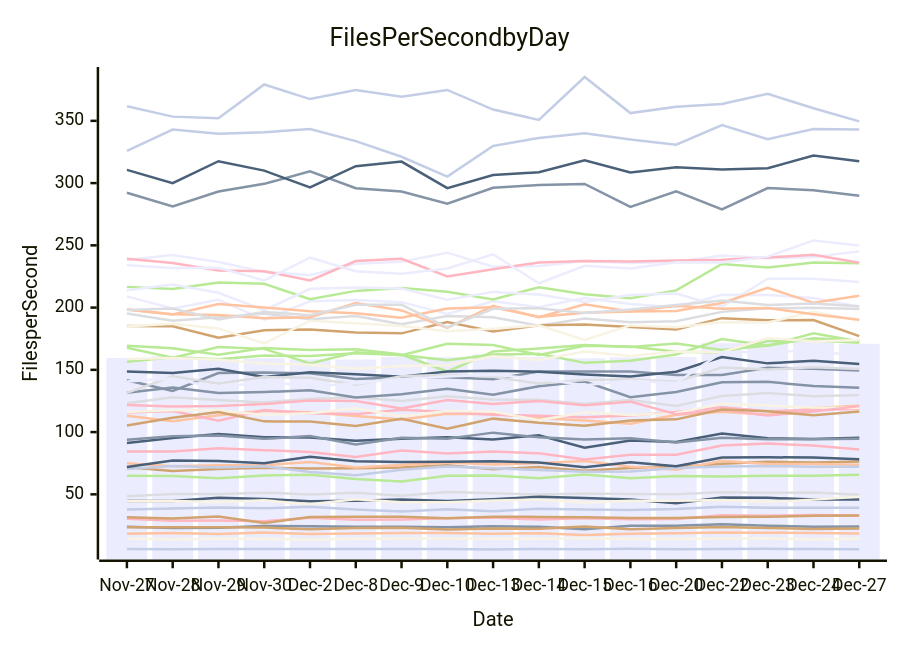
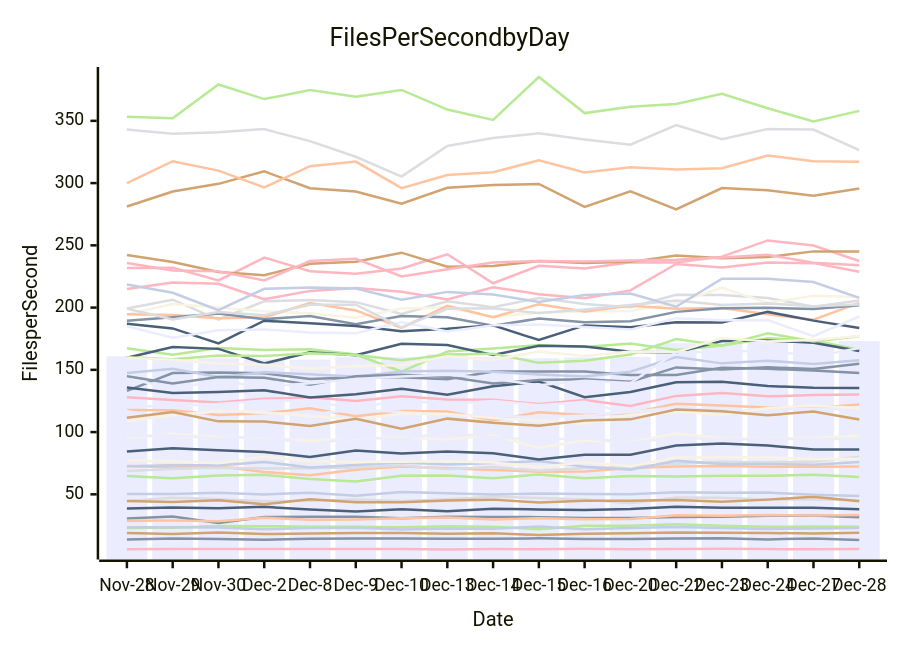
One commit to streetsidesoftware/cspell changed the diagram in perf-report.md. Above: the diagram before and after it, drawn with Mermaid. The commit also changed other lines of this file and 1 other file, not shown here.

````diff
--- a/perf-report.md
+++ b/perf-report.md
@@ -11,57 +11,57 @@
 ```mermaid
 xychart-beta
     title Files Per Second by Day
     y-axis Files per Second
-    x-axis Date [Nov-27, Nov-28, Nov-29, Nov-30, Dec-2, Dec-8, Dec-9, Dec-10, Dec-13, Dec-14, Dec-15, Dec-16, Dec-20, Dec-22, Dec-23, Dec-24, Dec-27]
-    bar [159.51, 160.85, 158.58, 159.25, 158.41, 158.24, 160.26, 160.13, 162.46, 160.30, 159.32, 159.99, 160.32, 171.41, 173.30, 173.54, 170.88]
-    line [24.00, 22.97, 23.09, 24.60, 24.46, 23.99, 23.97, 23.56, 24.27, 23.97, 21.89, 24.77, 24.75, 25.98, 24.78, 24.02, 24.07]
-    line [113.07, 108.78, 113.61, 117.05, 115.87, 112.86, 110.11, 114.79, 114.58, 111.22, 109.33, 106.79, 113.91, 116.30, 113.89, 119.27, 121.25]
-    line [48.42, 50.26, 50.21, 51.36, 49.95, 51.18, 48.94, 51.93, 50.78, 49.91, 50.66, 50.34, 50.02, 51.61, 51.21, 51.38, 49.64]
-    line [64.96, 64.67, 62.90, 65.22, 65.65, 62.39, 60.36, 64.84, 65.11, 62.93, 65.98, 63.02, 64.70, 64.39, 64.92, 64.92, 65.76]
-    line [23.51, 23.57, 23.50, 23.32, 21.90, 22.93, 23.26, 21.71, 22.48, 22.26, 24.16, 21.86, 22.99, 23.86, 22.95, 22.15, 22.59]
-    line [6.03, 5.90, 6.01, 6.16, 6.12, 6.00, 6.03, 6.11, 5.69, 6.12, 5.85, 6.27, 5.94, 6.19, 6.23, 6.06, 5.80]
-    line [115.76, 116.91, 109.21, 117.71, 115.04, 114.43, 117.93, 116.17, 113.85, 113.19, 111.86, 113.23, 116.22, 119.95, 116.76, 117.75, 118.71]
-    line [44.62, 44.61, 47.22, 46.33, 44.42, 44.87, 45.90, 44.67, 46.00, 48.05, 47.07, 45.85, 42.75, 47.52, 47.21, 45.81, 45.88]
-    line [116.19, 117.82, 117.56, 113.82, 115.04, 119.17, 112.82, 116.99, 116.61, 109.61, 115.93, 113.66, 115.36, 122.68, 121.26, 119.81, 119.36]
-    line [238.24, 242.33, 236.55, 228.65, 226.03, 235.13, 236.77, 244.11, 232.83, 233.41, 237.39, 235.87, 236.73, 241.85, 239.59, 240.67, 245.15]
-    line [141.63, 133.10, 147.45, 147.90, 147.19, 142.70, 144.08, 143.97, 142.44, 148.72, 148.74, 148.66, 145.81, 145.83, 151.65, 150.82, 149.41]
-    line [18.32, 19.02, 18.13, 19.36, 18.09, 18.49, 18.92, 19.04, 18.41, 18.71, 17.35, 18.44, 18.66, 19.39, 19.24, 18.95, 18.61]
-    line [123.12, 128.04, 125.68, 123.73, 126.68, 128.02, 124.91, 128.75, 126.25, 125.99, 122.54, 125.77, 120.95, 129.07, 131.35, 128.71, 129.73]
-    line [169.37, 167.40, 162.13, 167.55, 165.94, 166.49, 162.27, 148.64, 164.74, 167.10, 169.90, 168.25, 171.20, 165.98, 169.49, 175.43, 173.51]
-    line [71.80, 68.80, 70.33, 71.28, 70.66, 70.99, 71.64, 73.38, 70.10, 71.99, 68.96, 71.11, 72.00, 74.62, 76.21, 75.66, 76.28]
-    line [325.97, 342.99, 339.55, 340.91, 343.35, 333.69, 321.17, 305.21, 329.78, 336.28, 339.96, 335.03, 330.81, 346.52, 335.23, 343.48, 342.97]
-    line [121.82, 120.62, 120.89, 122.51, 125.41, 124.96, 118.90, 125.77, 122.50, 124.97, 121.63, 124.44, 114.40, 117.66, 113.42, 116.57, 120.86]
-    line [91.22, 95.22, 98.38, 95.87, 95.57, 93.03, 94.71, 95.93, 94.05, 97.42, 87.40, 93.20, 92.02, 98.77, 95.06, 94.41, 95.55]
-    line [44.50, 44.73, 43.85, 45.20, 42.00, 46.02, 43.67, 43.68, 45.02, 45.75, 43.43, 44.94, 44.85, 45.35, 43.98, 45.75, 48.03]
-    line [208.99, 199.30, 206.34, 190.41, 205.06, 206.03, 204.37, 194.91, 205.14, 200.36, 207.64, 202.85, 200.31, 210.29, 210.04, 207.76, 200.78]
-    line [292.24, 281.16, 293.25, 299.40, 309.39, 295.84, 293.27, 283.38, 296.25, 298.40, 299.27, 280.90, 293.45, 278.89, 296.00, 294.23, 289.77]
-    line [74.97, 72.54, 73.38, 73.35, 76.02, 71.59, 73.55, 75.54, 73.95, 75.07, 76.77, 72.26, 69.84, 77.03, 74.27, 74.27, 73.83]
-    line [195.34, 189.35, 192.30, 195.25, 190.71, 193.15, 186.55, 193.19, 192.23, 185.43, 191.26, 188.26, 189.10, 196.56, 199.42, 199.83, 198.90]
-    line [216.64, 214.89, 220.14, 219.09, 206.67, 213.42, 215.72, 212.77, 206.57, 216.35, 210.81, 207.51, 213.81, 235.09, 232.12, 236.13, 235.71]
-    line [185.12, 185.03, 175.76, 181.77, 182.47, 179.95, 179.31, 188.38, 180.77, 185.77, 186.35, 184.33, 182.33, 191.53, 189.75, 189.98, 177.07]
-    line [70.29, 72.76, 71.50, 72.49, 68.01, 65.32, 69.78, 72.32, 70.99, 69.49, 68.20, 68.29, 71.18, 72.28, 72.81, 72.16, 72.22]
-    line [30.48, 28.76, 28.98, 28.47, 31.13, 29.50, 29.81, 30.70, 31.34, 29.78, 30.86, 29.89, 30.20, 33.22, 32.90, 33.40, 32.96]
-    line [148.61, 147.55, 150.86, 144.17, 148.12, 146.38, 144.41, 148.76, 149.26, 148.44, 146.25, 144.57, 148.51, 160.26, 155.20, 157.30, 154.76]
-    line [184.73, 187.07, 183.30, 171.17, 189.43, 187.46, 185.27, 181.05, 182.93, 185.74, 173.94, 185.68, 184.19, 188.28, 188.11, 196.54, 189.53]
-    line [213.89, 218.50, 211.90, 198.01, 215.07, 216.21, 215.29, 206.31, 212.61, 210.51, 204.56, 210.18, 211.34, 200.66, 223.22, 223.16, 220.54]
-    line [131.60, 135.88, 131.34, 132.15, 133.58, 127.82, 130.48, 134.87, 129.94, 136.83, 140.59, 128.00, 132.13, 140.04, 140.36, 136.98, 135.57]
-    line [198.52, 194.49, 202.79, 200.07, 197.01, 195.46, 191.88, 199.25, 200.18, 192.55, 195.85, 196.96, 197.31, 203.68, 215.88, 203.82, 209.47]
-    line [131.52, 144.79, 139.07, 144.20, 143.55, 138.09, 144.82, 146.07, 144.49, 139.02, 141.78, 142.36, 140.50, 151.95, 150.33, 152.02, 150.72]
-    line [167.76, 159.74, 168.29, 166.84, 155.06, 164.08, 161.66, 171.02, 169.99, 161.97, 169.28, 168.79, 164.45, 163.90, 173.08, 173.52, 171.67]
-    line [31.68, 30.55, 32.17, 27.01, 31.76, 31.99, 31.99, 30.84, 32.08, 31.89, 31.67, 31.01, 31.00, 31.79, 31.95, 32.72, 33.00]
-    line [37.74, 38.63, 39.45, 38.80, 39.93, 37.87, 36.13, 38.10, 36.47, 38.38, 37.81, 37.32, 38.13, 39.99, 39.24, 39.22, 39.13]
-    line [239.26, 235.89, 229.81, 229.18, 221.75, 237.38, 239.25, 224.99, 230.85, 236.16, 237.46, 237.06, 237.81, 238.36, 240.26, 242.42, 235.97]
-    line [72.02, 77.23, 76.76, 75.06, 80.27, 76.65, 75.94, 76.12, 76.57, 75.62, 71.86, 75.70, 72.52, 79.52, 79.75, 79.57, 78.19]
-    line [14.49, 13.79, 14.45, 14.21, 13.55, 14.37, 14.53, 14.61, 14.25, 14.42, 14.66, 14.20, 14.14, 14.58, 14.66, 13.81, 14.51]
-    line [234.04, 231.90, 232.03, 221.81, 240.23, 229.14, 227.27, 231.37, 242.80, 219.56, 233.62, 231.32, 236.32, 236.26, 240.94, 253.96, 249.85]
-    line [93.91, 96.71, 97.20, 94.57, 96.80, 90.09, 95.39, 94.62, 99.56, 95.79, 93.99, 95.03, 91.66, 95.50, 94.32, 94.29, 94.73]
-    line [198.49, 194.68, 194.09, 191.43, 192.21, 203.69, 197.75, 183.65, 201.42, 192.31, 202.71, 196.90, 201.49, 199.06, 199.67, 194.62, 190.28]
-    line [198.09, 199.18, 190.53, 196.53, 193.86, 202.32, 202.37, 184.12, 199.02, 199.50, 195.58, 198.56, 202.04, 205.76, 202.04, 203.32, 201.04]
-    line [156.54, 160.15, 158.52, 161.43, 161.03, 163.37, 162.01, 157.69, 162.41, 162.92, 155.61, 157.24, 162.25, 174.81, 169.46, 179.44, 172.82]
-    line [105.21, 111.47, 116.12, 108.62, 108.44, 104.81, 110.68, 102.65, 110.81, 107.51, 105.11, 109.29, 110.23, 118.20, 116.66, 113.51, 116.56]
-    line [361.78, 353.39, 352.03, 379.23, 367.49, 374.69, 369.34, 374.83, 359.05, 350.76, 385.22, 356.23, 361.41, 363.52, 371.74, 360.07, 349.58]
-    line [84.38, 84.35, 87.05, 85.49, 84.05, 80.02, 85.30, 82.71, 84.32, 82.91, 77.95, 81.87, 81.89, 89.30, 90.84, 89.17, 86.07]
-    line [310.59, 299.95, 317.57, 310.02, 296.47, 313.58, 317.30, 295.96, 306.54, 308.67, 318.29, 308.47, 312.68, 311.01, 311.87, 322.19, 317.56]
-    line [158.69, 159.56, 158.17, 155.13, 153.99, 150.95, 152.99, 153.72, 160.91, 157.90, 164.74, 161.04, 164.69, 164.20, 175.57, 172.74, 173.87]
-    line [140.67, 142.96, 135.37, 140.89, 136.51, 139.19, 142.56, 144.70, 146.06, 142.91, 137.61, 141.27, 139.39, 164.22, 164.25, 165.65, 160.55]
+    x-axis Date [Nov-28, Nov-29, Nov-30, Dec-2, Dec-8, Dec-9, Dec-10, Dec-13, Dec-14, Dec-15, Dec-16, Dec-20, Dec-22, Dec-23, Dec-24, Dec-27, Dec-28]
+    bar [160.85, 158.58, 159.25, 158.41, 158.24, 160.26, 160.13, 162.46, 160.30, 159.32, 159.99, 160.32, 171.41, 173.30, 173.54, 170.88, 173.10]
+    line [13.79, 14.45, 14.21, 13.55, 14.37, 14.53, 14.61, 14.25, 14.42, 14.66, 14.20, 14.14, 14.58, 14.66, 13.81, 14.51, 13.39]
+    line [72.76, 71.50, 72.49, 68.01, 65.32, 69.78, 72.32, 70.99, 69.49, 68.20, 68.29, 71.18, 72.28, 72.81, 72.16, 72.22, 72.29]
+    line [44.61, 47.22, 46.33, 44.42, 44.87, 45.90, 44.67, 46.00, 48.05, 47.07, 45.85, 42.75, 47.52, 47.21, 45.81, 45.88, 45.34]
+    line [22.97, 23.09, 24.60, 24.46, 23.99, 23.97, 23.56, 24.27, 23.97, 21.89, 24.77, 24.75, 25.98, 24.78, 24.02, 24.07, 23.90]
+    line [19.02, 18.13, 19.36, 18.09, 18.49, 18.92, 19.04, 18.41, 18.71, 17.35, 18.44, 18.66, 19.39, 19.24, 18.95, 18.61, 19.20]
+    line [23.57, 23.50, 23.32, 21.90, 22.93, 23.26, 21.71, 22.48, 22.26, 24.16, 21.86, 22.99, 23.86, 22.95, 22.15, 22.59, 22.93]
+    line [128.04, 125.68, 123.73, 126.68, 128.02, 124.91, 128.75, 126.25, 125.99, 122.54, 125.77, 120.95, 129.07, 131.35, 128.71, 129.73, 130.21]
+    line [38.63, 39.45, 38.80, 39.93, 37.87, 36.13, 38.10, 36.47, 38.38, 37.81, 37.32, 38.13, 39.99, 39.24, 39.22, 39.13, 37.99]
+    line [95.22, 98.38, 95.87, 95.57, 93.03, 94.71, 95.93, 94.05, 97.42, 87.40, 93.20, 92.02, 98.77, 95.06, 94.41, 95.55, 97.07]
+    line [120.62, 120.89, 122.51, 125.41, 124.96, 118.90, 125.77, 122.50, 124.97, 121.63, 124.44, 114.40, 117.66, 113.42, 116.57, 120.86, 116.04]
+    line [133.10, 147.45, 147.90, 147.19, 142.70, 144.08, 143.97, 142.44, 148.72, 148.74, 148.66, 145.81, 145.83, 151.65, 150.82, 149.41, 147.54]
+    line [117.82, 117.56, 113.82, 115.04, 119.17, 112.82, 116.99, 116.61, 109.61, 115.93, 113.66, 115.36, 122.68, 121.26, 119.81, 119.36, 122.21]
+    line [199.30, 206.34, 190.41, 205.06, 206.03, 204.37, 194.91, 205.14, 200.36, 207.64, 202.85, 200.31, 210.29, 210.04, 207.76, 200.78, 205.77]
+    line [167.40, 162.13, 167.55, 165.94, 166.49, 162.27, 148.64, 164.74, 167.10, 169.90, 168.25, 171.20, 165.98, 169.49, 175.43, 173.51, 166.13]
+    line [44.73, 43.85, 45.20, 42.00, 46.02, 43.67, 43.68, 45.02, 45.75, 43.43, 44.94, 44.85, 45.35, 43.98, 45.75, 48.03, 44.47]
+    line [50.26, 50.21, 51.36, 49.95, 51.18, 48.94, 51.93, 50.78, 49.91, 50.66, 50.34, 50.02, 51.61, 51.21, 51.38, 49.64, 48.60]
+    line [5.90, 6.01, 6.16, 6.12, 6.00, 6.03, 6.11, 5.69, 6.12, 5.85, 6.27, 5.94, 6.19, 6.23, 6.06, 5.80, 6.19]
+    line [159.74, 168.29, 166.84, 155.06, 164.08, 161.66, 171.02, 169.99, 161.97, 169.28, 168.79, 164.45, 163.90, 173.08, 173.52, 171.67, 165.07]
+    line [194.49, 202.79, 200.07, 197.01, 195.46, 191.88, 199.25, 200.18, 192.55, 195.85, 196.96, 197.31, 203.68, 215.88, 203.82, 209.47, 208.55]
+    line [116.91, 109.21, 117.71, 115.04, 114.43, 117.93, 116.17, 113.85, 113.19, 111.86, 113.23, 116.22, 119.95, 116.76, 117.75, 118.71, 118.58]
+    line [30.55, 32.17, 27.01, 31.76, 31.99, 31.99, 30.84, 32.08, 31.89, 31.67, 31.01, 31.00, 31.79, 31.95, 32.72, 33.00, 31.56]
+    line [194.68, 194.09, 191.43, 192.21, 203.69, 197.75, 183.65, 201.42, 192.31, 202.71, 196.90, 201.49, 199.06, 199.67, 194.62, 190.28, 203.79]
+    line [68.80, 70.33, 71.28, 70.66, 70.99, 71.64, 73.38, 70.10, 71.99, 68.96, 71.11, 72.00, 74.62, 76.21, 75.66, 76.28, 80.16]
+    line [64.67, 62.90, 65.22, 65.65, 62.39, 60.36, 64.84, 65.11, 62.93, 65.98, 63.02, 64.70, 64.39, 64.92, 64.92, 65.76, 63.97]
+    line [281.16, 293.25, 299.40, 309.39, 295.84, 293.27, 283.38, 296.25, 298.40, 299.27, 280.90, 293.45, 278.89, 296.00, 294.23, 289.77, 295.71]
+    line [72.54, 73.38, 73.35, 76.02, 71.59, 73.55, 75.54, 73.95, 75.07, 76.77, 72.26, 69.84, 77.03, 74.27, 74.27, 73.83, 75.96]
+    line [231.90, 232.03, 221.81, 240.23, 229.14, 227.27, 231.37, 242.80, 219.56, 233.62, 231.32, 236.32, 236.26, 240.94, 253.96, 249.85, 237.45]
+    line [135.88, 131.34, 132.15, 133.58, 127.82, 130.48, 134.87, 129.94, 136.83, 140.59, 128.00, 132.13, 140.04, 140.36, 136.98, 135.57, 135.50]
+    line [77.23, 76.76, 75.06, 80.27, 76.65, 75.94, 76.12, 76.57, 75.62, 71.86, 75.70, 72.52, 79.52, 79.75, 79.57, 78.19, 78.53]
+    line [96.71, 97.20, 94.57, 96.80, 90.09, 95.39, 94.62, 99.56, 95.79, 93.99, 95.03, 91.66, 95.50, 94.32, 94.29, 94.73, 94.34]
+    line [189.35, 192.30, 195.25, 190.71, 193.15, 186.55, 193.19, 192.23, 185.43, 191.26, 188.26, 189.10, 196.56, 199.42, 199.83, 198.90, 201.82]
+    line [28.76, 28.98, 28.47, 31.13, 29.50, 29.81, 30.70, 31.34, 29.78, 30.86, 29.89, 30.20, 33.22, 32.90, 33.40, 32.96, 33.38]
+    line [342.99, 339.55, 340.91, 343.35, 333.69, 321.17, 305.21, 329.78, 336.28, 339.96, 335.03, 330.81, 346.52, 335.23, 343.48, 342.97, 326.49]
+    line [160.15, 158.52, 161.43, 161.03, 163.37, 162.01, 157.69, 162.41, 162.92, 155.61, 157.24, 162.25, 174.81, 169.46, 179.44, 172.82, 176.92]
+    line [242.33, 236.55, 228.65, 226.03, 235.13, 236.77, 244.11, 232.83, 233.41, 237.39, 235.87, 236.73, 241.85, 239.59, 240.67, 245.15, 245.04]
+    line [147.55, 150.86, 144.17, 148.12, 146.38, 144.41, 148.76, 149.26, 148.44, 146.25, 144.57, 148.51, 160.26, 155.20, 157.30, 154.76, 157.76]
+    line [214.89, 220.14, 219.09, 206.67, 213.42, 215.72, 212.77, 206.57, 216.35, 210.81, 207.51, 213.81, 235.09, 232.12, 236.13, 235.71, 228.72]
+    line [187.07, 183.30, 171.17, 189.43, 187.46, 185.27, 181.05, 182.93, 185.74, 173.94, 185.68, 184.19, 188.28, 188.11, 196.54, 189.53, 183.55]
+    line [108.78, 113.61, 117.05, 115.87, 112.86, 110.11, 114.79, 114.58, 111.22, 109.33, 106.79, 113.91, 116.30, 113.89, 119.27, 121.25, 119.32]
+    line [185.03, 175.76, 181.77, 182.47, 179.95, 179.31, 188.38, 180.77, 185.77, 186.35, 184.33, 182.33, 191.53, 189.75, 189.98, 177.07, 192.83]
+    line [144.79, 139.07, 144.20, 143.55, 138.09, 144.82, 146.07, 144.49, 139.02, 141.78, 142.36, 140.50, 151.95, 150.33, 152.02, 150.72, 154.90]
+    line [299.95, 317.57, 310.02, 296.47, 313.58, 317.30, 295.96, 306.54, 308.67, 318.29, 308.47, 312.68, 311.01, 311.87, 322.19, 317.56, 317.24]
+    line [199.18, 190.53, 196.53, 193.86, 202.32, 202.37, 184.12, 199.02, 199.50, 195.58, 198.56, 202.04, 205.76, 202.04, 203.32, 201.04, 202.44]
+    line [353.39, 352.03, 379.23, 367.49, 374.69, 369.34, 374.83, 359.05, 350.76, 385.22, 356.23, 361.41, 363.52, 371.74, 360.07, 349.58, 358.00]
+    line [111.47, 116.12, 108.62, 108.44, 104.81, 110.68, 102.65, 110.81, 107.51, 105.11, 109.29, 110.23, 118.20, 116.66, 113.51, 116.56, 110.18]
+    line [218.50, 211.90, 198.01, 215.07, 216.21, 215.29, 206.31, 212.61, 210.51, 204.56, 210.18, 211.34, 200.66, 223.22, 223.16, 220.54, 207.84]
+    line [235.89, 229.81, 229.18, 221.75, 237.38, 239.25, 224.99, 230.85, 236.16, 237.46, 237.06, 237.81, 238.36, 240.26, 242.42, 235.97, 234.05]
+    line [84.35, 87.05, 85.49, 84.05, 80.02, 85.30, 82.71, 84.32, 82.91, 77.95, 81.87, 81.89, 89.30, 90.84, 89.17, 86.07, 86.04]
+    line [159.56, 158.17, 155.13, 153.99, 150.95, 152.99, 153.72, 160.91, 157.90, 164.74, 161.04, 164.69, 164.20, 175.57, 172.74, 173.87, 177.24]
+    line [142.96, 135.37, 140.89, 136.51, 139.19, 142.56, 144.70, 146.06, 142.91, 137.61, 141.27, 139.39, 164.22, 164.25, 165.65, 160.55, 167.52]
 ```
````
